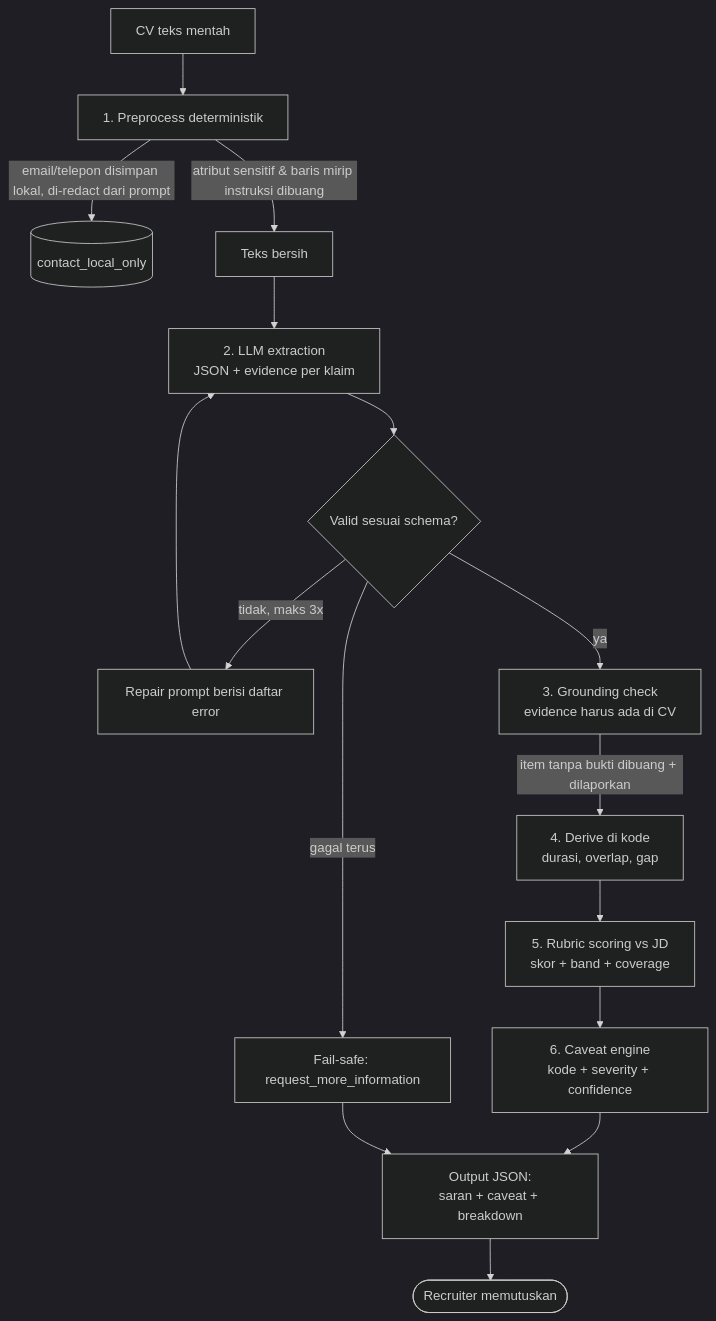
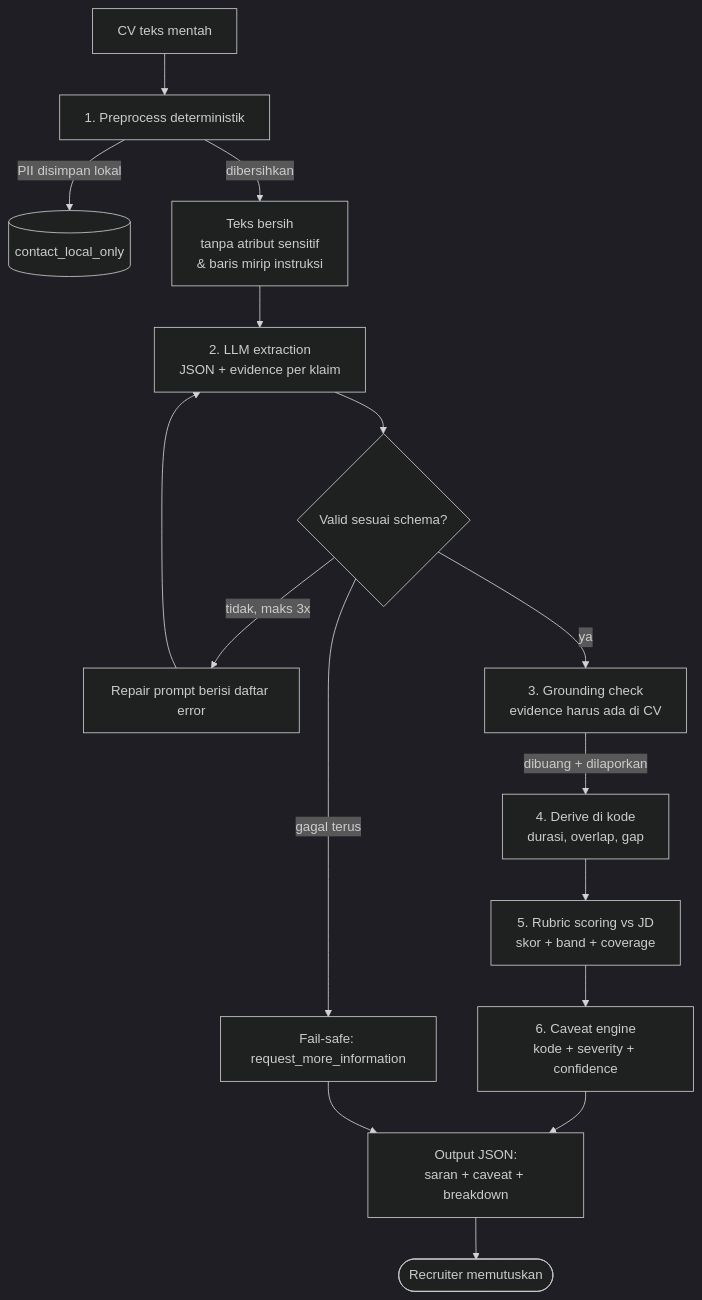
One commit to NelsonFW01/NelsonFerdinandWangsaputra_AIEngineer_SKBatch2 changed the diagram in cv-screening-flow/README.md. Above: the diagram before and after it, drawn with Mermaid (dark theme). The commit also changed other lines of this file, not shown here.

````diff
--- a/cv-screening-flow/README.md
+++ b/cv-screening-flow/README.md
@@ -23,18 +23,18 @@
 ```mermaid
 flowchart TD
     A[CV teks mentah] --> B[1. Preprocess deterministik]
-    B -->|email/telepon disimpan lokal, di-redact dari prompt| C[(contact_local_only)]
-    B -->|atribut sensitif & baris mirip instruksi dibuang| D[Teks bersih]
+    B -->|PII disimpan lokal| C[(contact_local_only)]
+    B -->|dibersihkan| D[Teks bersih<br/>tanpa atribut sensitif<br/>& baris mirip instruksi]
     D --> E[2. LLM extraction<br/>JSON + evidence per klaim]
     E --> F{Valid sesuai schema?}
     F -->|tidak, maks 3x| G[Repair prompt berisi daftar error]
     G --> E
     F -->|gagal terus| X[Fail-safe: request_more_information]
     F -->|ya| H[3. Grounding check<br/>evidence harus ada di CV]
-    H -->|item tanpa bukti dibuang + dilaporkan| I[4. Derive di kode<br/>durasi, overlap, gap]
+    H -->|dibuang + dilaporkan| I[4. Derive di kode<br/>durasi, overlap, gap]
     I --> J[5. Rubric scoring vs JD<br/>skor + band + coverage]
     J --> K[6. Caveat engine<br/>kode + severity + confidence]
     K --> L[Output JSON:<br/>saran + caveat + breakdown]
     X --> L
     L --> M([Recruiter memutuskan])
 ```
````
